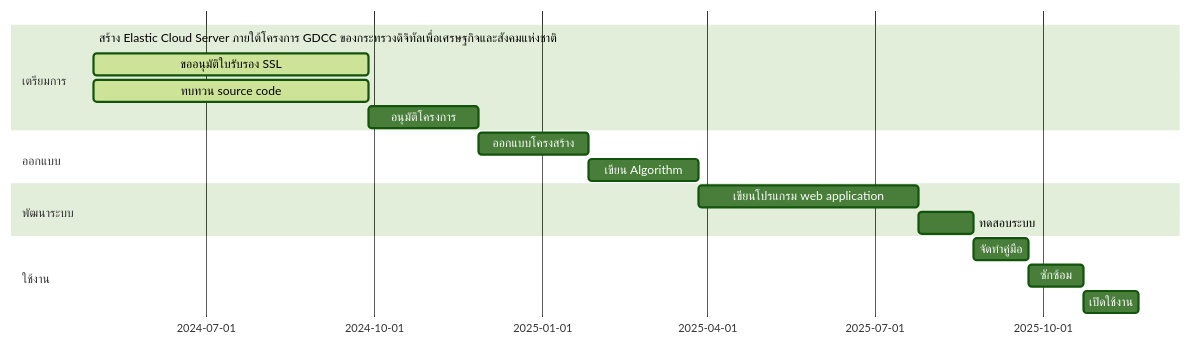
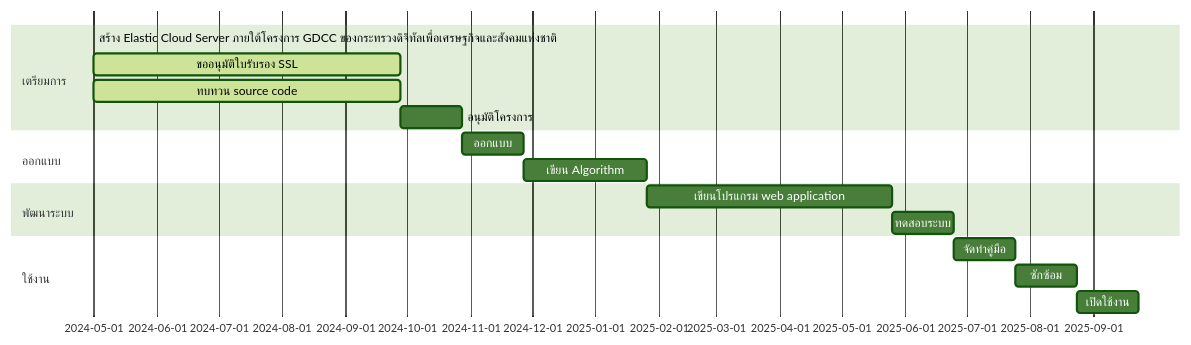
One commit to Kietpawpan/e-tracking changed the first of 2 diagrams in README.md. Above: the diagram before and after it, drawn with Mermaid (forest theme).

````diff
--- a/README.md
+++ b/README.md
@@ -10,20 +10,20 @@
 ```mermaid
 gantt
     section เตรียมการ
        สร้าง Elastic Cloud Server ภายใต้โครงการ GDCC ของกระทรวงดิจิทัลเพื่อเศรษฐกิจและสังคมแห่งชาติ :done,    des1, 2024-05-01,2024-05-30
        ขออนุมัติใบรับรอง SSL :active, des2, after des1, 150d
        ทบทวน source code : active, des3, after des1, 150d
-       อนุมัติโครงการ: a, after des3, 60d
+       อนุมัติโครงการ: a, after des3, 30d
     section ออกแบบ
-       ออกแบบโครงสร้าง  :  des4, after a, 60d
+       ออกแบบ  :  des4, after a, 30d
        เขียน Algorithm:   des5, after des4, 60d
     section พัฒนาระบบ
        เขียนโปรแกรม web application  :  des6, after des5, 120d
        ทดสอบระบบ:    des7, after des6, 30d
    section ใช้งาน
        จัดทำคู่มือ  :   des8, after des7, 30d
        ซักซ้อม :      des9, after des8, 30d
        เปิดใช้งาน:    des10, after des9, 30d
 
 
 ```
````
